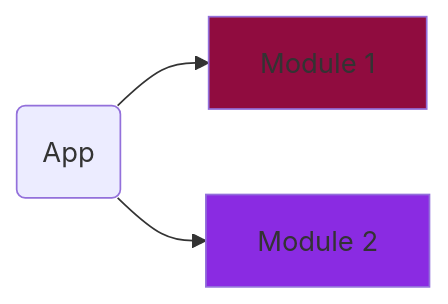
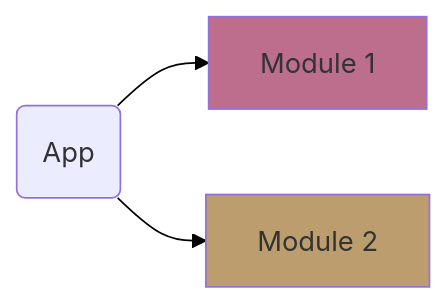
Before and after one commit to evandana/flutter-poc: the second of 2 diagrams in README.md, drawn with Mermaid. The commit also changed other lines of this file and 283 other files, not shown here.

Commit message:
updating github pages to include mermaid graphs

````diff
--- a/README.md
+++ b/README.md
@@ -41,8 +43,10 @@
 ```mermaid
 graph LR
   A(App) --> B[Module 1]
   A(App) --> C[Module 2]
 
-  style B fill:#900C3F
-  style C fill:#8A2BE2
+  style B fill:#BC6E8C
+  style C fill:#BC9E6E
+  linkStyle default stroke-width:1px,fill:none,stroke:black;
+
 ```
````
